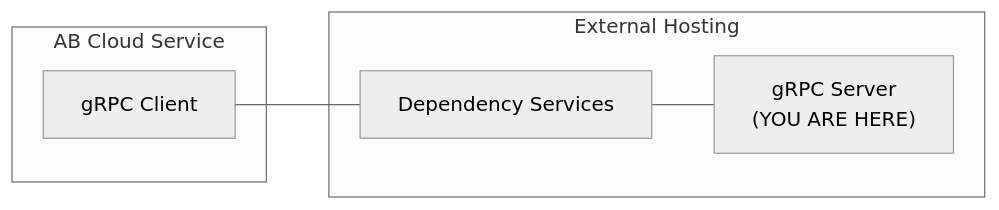
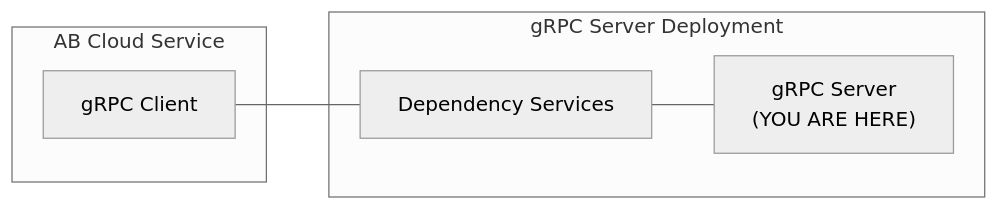
The diagram in README.md (AccelByte/matchmaking-function-grpc-plugin-server-go), drawn with Mermaid (neutral theme) before and after one commit. The commit also changed other lines of this file, not shown here.

````diff
--- a/README.md
+++ b/README.md
@@ -3,12 +3,12 @@
 ```mermaid
 flowchart LR
    subgraph AB Cloud Service
    CL[gRPC Client]
    end
-   subgraph External Hosting
+   subgraph gRPC Server Deployment
    SV["gRPC Server\n(YOU ARE HERE)"]
    DS[Dependency Services]
    CL --- DS
    end
    DS --- SV
 ```
````
